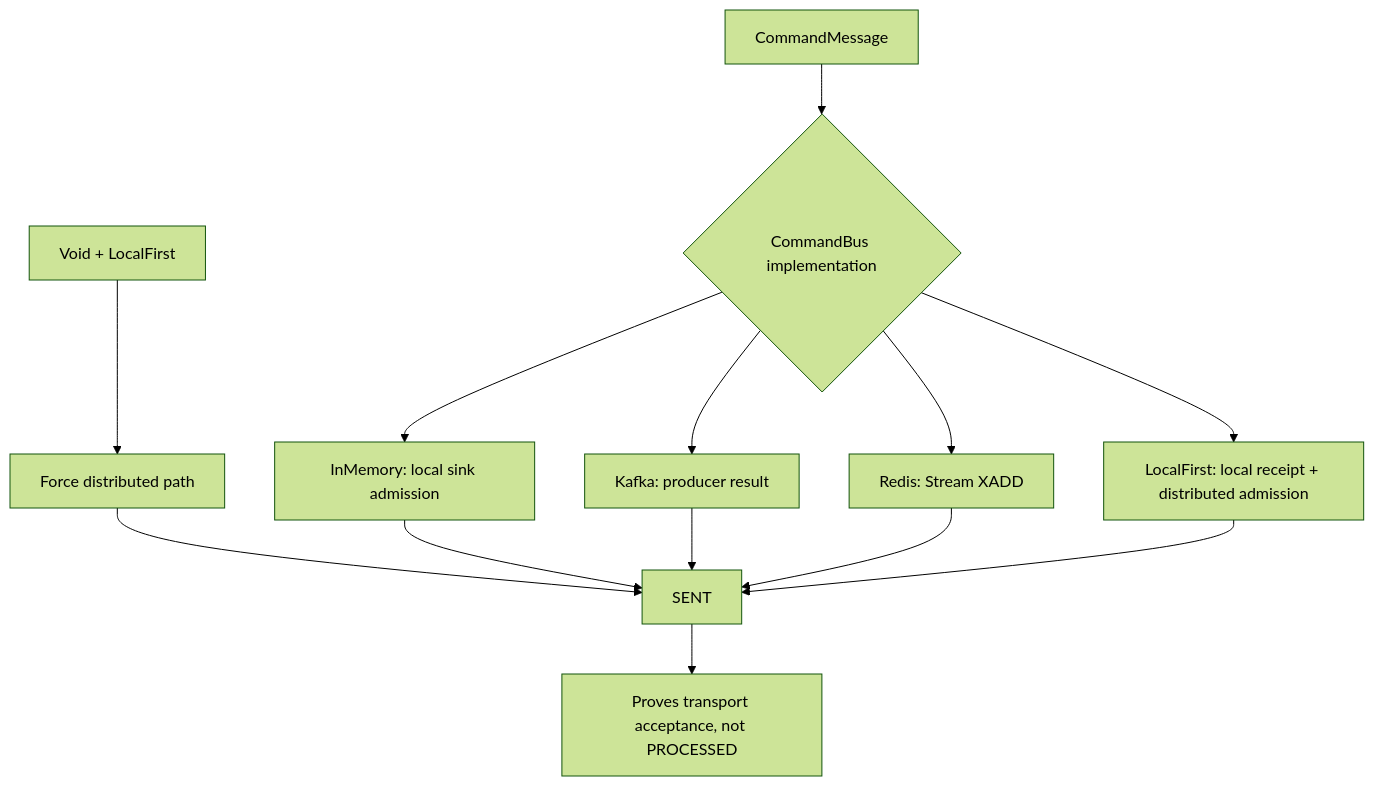
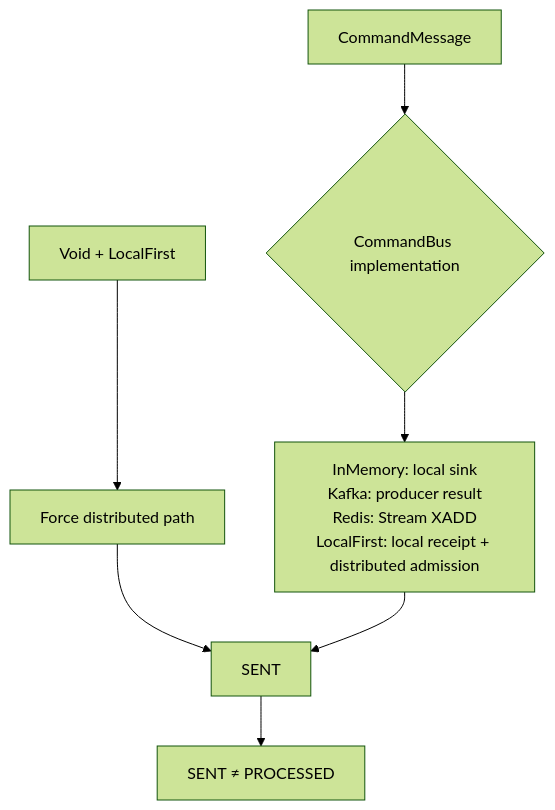
One commit to Ahoo-Wang/Wow changed the diagram in documentation/docs/en/guide/command/internals/transport.md. Above: the diagram before and after it, drawn with Mermaid (forest theme). The commit also changed 19 other files, not shown here.

Commit message:
docs: improve Mermaid diagram readability

````diff
--- a/documentation/docs/en/guide/command/internals/transport.md
+++ b/documentation/docs/en/guide/command/internals/transport.md
@@ -13,15 +13,9 @@
 ```mermaid
 flowchart TB
     Command["CommandMessage"] --> Transport{"CommandBus implementation"}
-    Transport --> InMemory["InMemory: local sink admission"]
-    Transport --> Kafka["Kafka: producer result"]
-    Transport --> Redis["Redis: Stream XADD"]
-    Transport --> LocalFirst["LocalFirst: local receipt + distributed admission"]
+    Transport --> Evidence["InMemory: local sink<br/>Kafka: producer result<br/>Redis: Stream XADD<br/>LocalFirst: local receipt + distributed admission"]
     Void["Void + LocalFirst"] --> Distributed["Force distributed path"]
     Distributed --> Sent
-    InMemory --> Sent["SENT"]
-    Kafka --> Sent
-    Redis --> Sent
-    LocalFirst --> Sent
-    Sent --> Boundary["Proves transport acceptance, not PROCESSED"]
+    Evidence --> Sent["SENT"]
+    Sent --> Boundary["SENT ≠ PROCESSED"]
 ```
````
